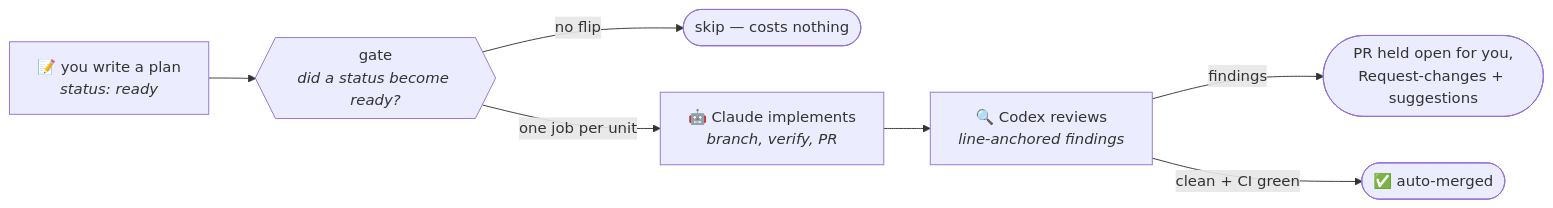
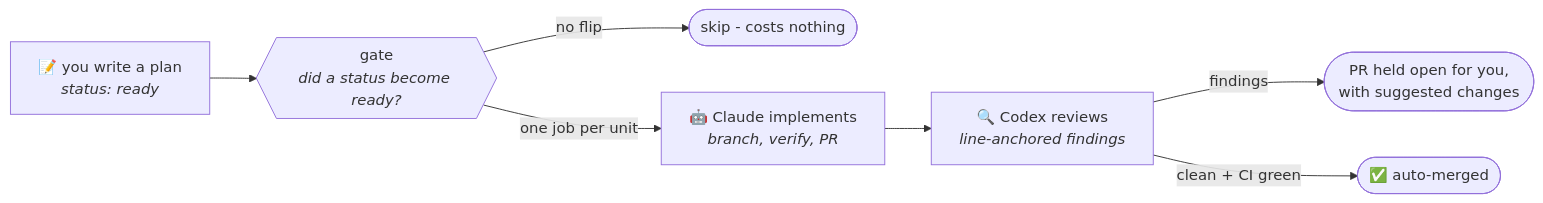
Before and after one commit to RatulMaharaj/factory: the first of 2 diagrams in README.md, drawn with Mermaid. The commit also changed other lines of this file, not shown here.

````diff
--- a/README.md
+++ b/README.md
@@ -13,9 +15,9 @@
 ```mermaid
 flowchart LR
     A["📝 you write a plan<br/><i>status: ready</i>"] --> B{{"gate<br/><i>did a status become ready?</i>"}}
-    B -- "no flip" --> Z(["skip — costs nothing"])
+    B -- "no flip" --> Z(["skip - costs nothing"])
     B -- "one job per unit" --> C["🤖 Claude implements<br/><i>branch, verify, PR</i>"]
     C --> D["🔍 Codex reviews<br/><i>line-anchored findings</i>"]
-    D -- "findings" --> E(["PR held open for you,<br/>Request-changes + suggestions"])
+    D -- "findings" --> E(["PR held open for you,<br/>with suggested changes"])
     D -- "clean + CI green" --> F(["✅ auto-merged"])
 ```
````
